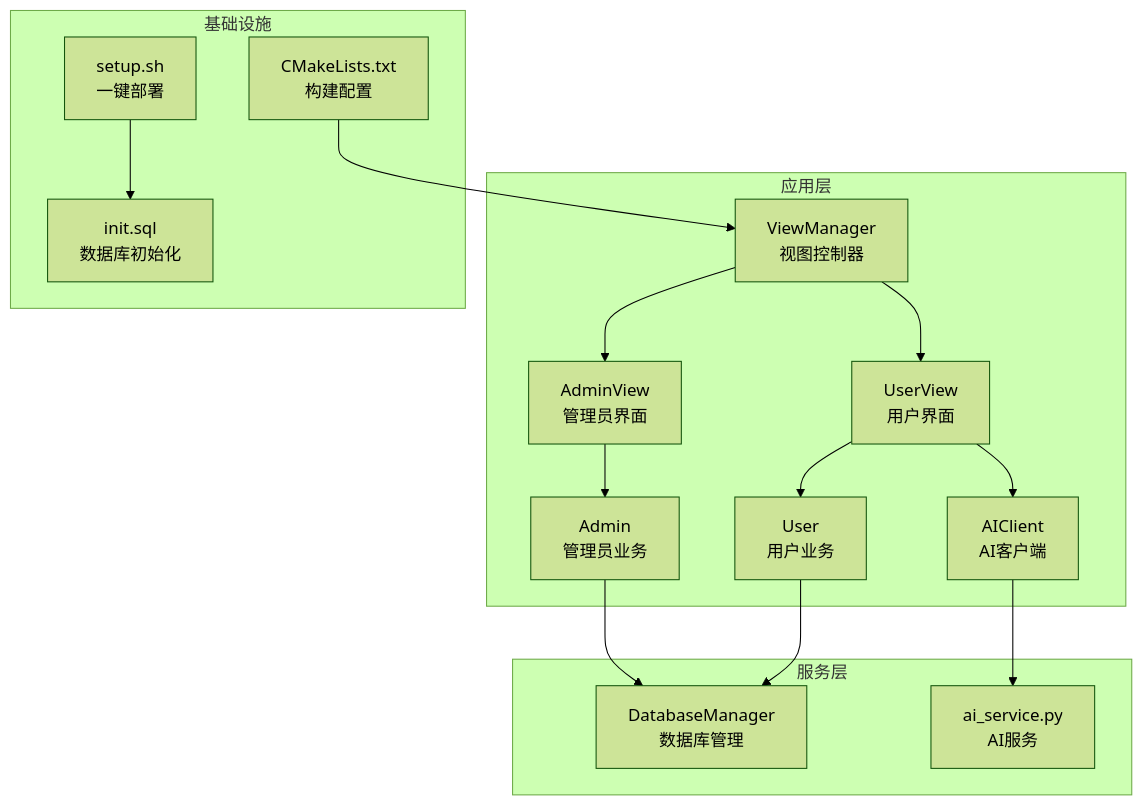
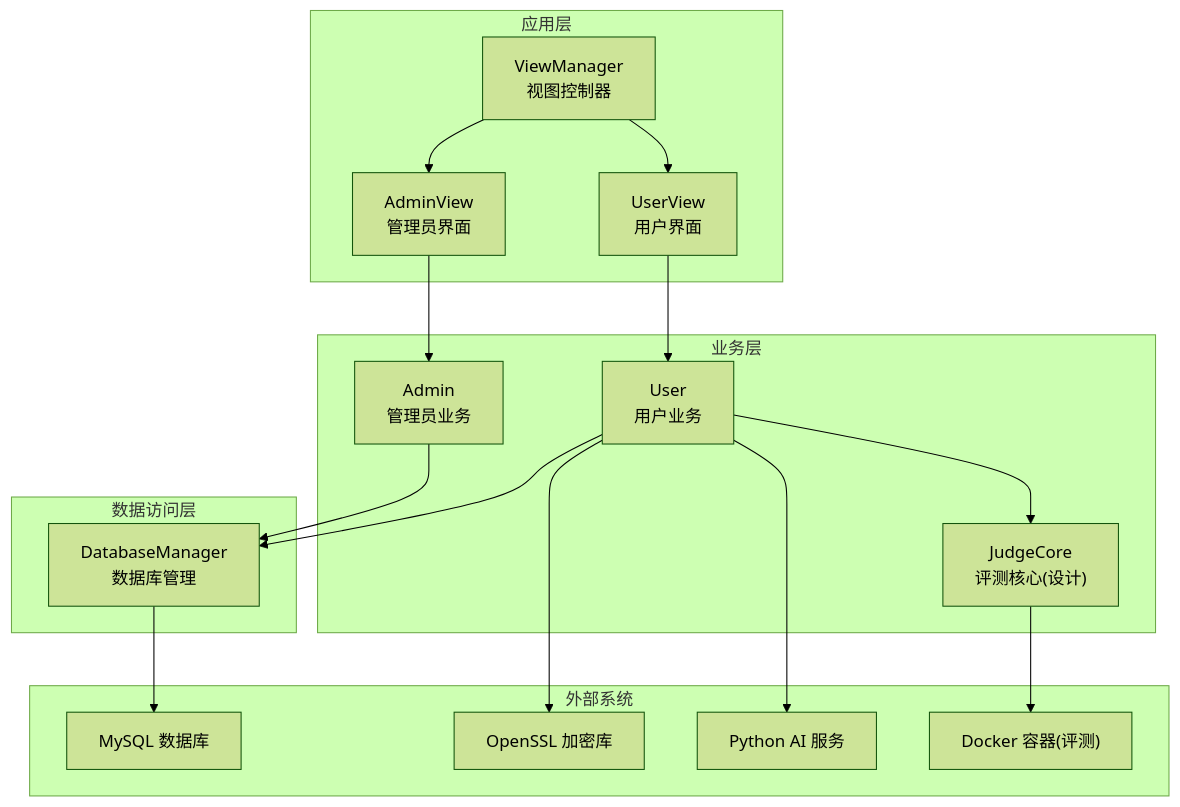
Before and after one commit to jinpeng900/OJ-Test: the first of 8 diagrams in .qoder/repowiki/zh/content/项目概述.md, drawn with Mermaid (forest theme). The commit also changed other lines of this file and 147 other files, not shown here.

````diff
--- a/.qoder/repowiki/zh/content/项目概述.md
+++ b/.qoder/repowiki/zh/content/项目概述.md
@@ -68,30 +59,33 @@
 ```mermaid
 graph TB
 subgraph "应用层"
 VM["ViewManager<br/>视图控制器"]
+UV["UserView<br/>用户界面"]
 AV["AdminView<br/>管理员界面"]
-UV["UserView<br/>用户界面"]
+end
+subgraph "业务层"
 U["User<br/>用户业务"]
 A["Admin<br/>管理员业务"]
-AC["AIClient<br/>AI客户端"]
+JC["JudgeCore<br/>评测核心(设计)"]
 end
-subgraph "服务层"
-DB["DatabaseManager<br/>数据库管理"]
-PY["ai_service.py<br/>AI服务"]
+subgraph "数据访问层"
+DBM["DatabaseManager<br/>数据库管理"]
 end
-subgraph "基础设施"
-CMake["CMakeLists.txt<br/>构建配置"]
-SQL["init.sql<br/>数据库初始化"]
-SH["setup.sh<br/>一键部署"]
+subgraph "外部系统"
+MYSQL["MySQL 数据库"]
+OPENSSL["OpenSSL 加密库"]
+PYTHON["Python AI 服务"]
+DOCKER["Docker 容器(评测)"]
 end
+VM --> UV
 VM --> AV
-VM --> UV
+UV --> U
 AV --> A
-UV --> U
-UV --> AC
-U --> DB
-A --> DB
-AC --> PY
-CMake --> VM
-SH --> SQL
+U --> DBM
+A --> DBM
+U --> JC
+JC --> DOCKER
+U --> PYTHON
+DBM --> MYSQL
+U --> OPENSSL
 ```
````
